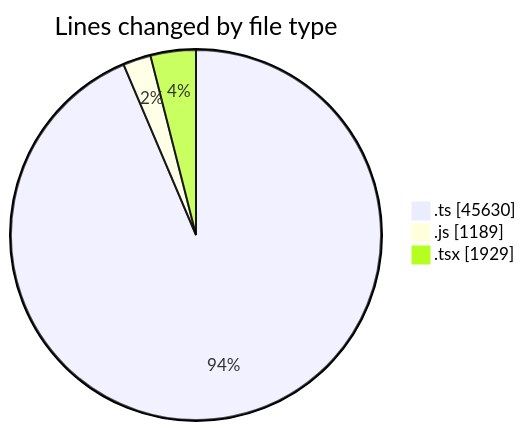
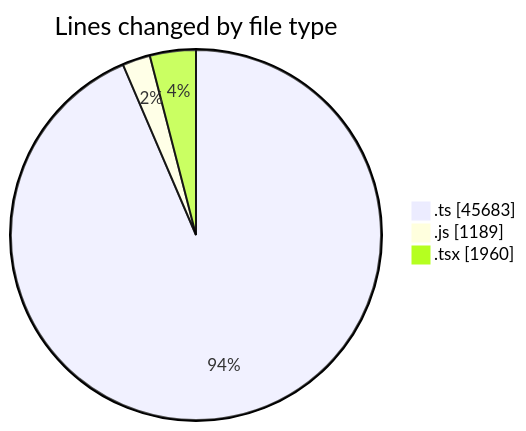
Before and after one commit to momahboobian/code-tracking: the first of 2 diagrams in 2026-11-03/cda/README.md, drawn with Mermaid. The commit also changed other lines of this file and 1 other file, not shown here.

````diff
--- a/2026-11-03/cda/README.md
+++ b/2026-11-03/cda/README.md
@@ -44,7 +45,7 @@
 ```mermaid
 pie showData
 title Lines changed by file type
-".ts" : 45630
+".ts" : 45683
 ".js" : 1189
-".tsx" : 1929
+".tsx" : 1960
 ```
````
